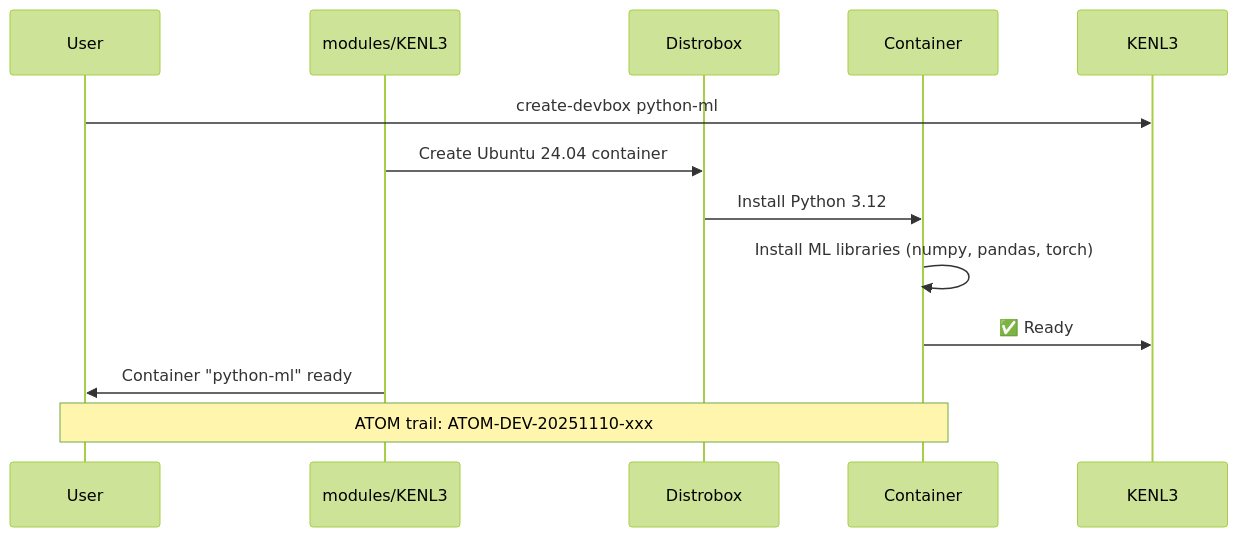
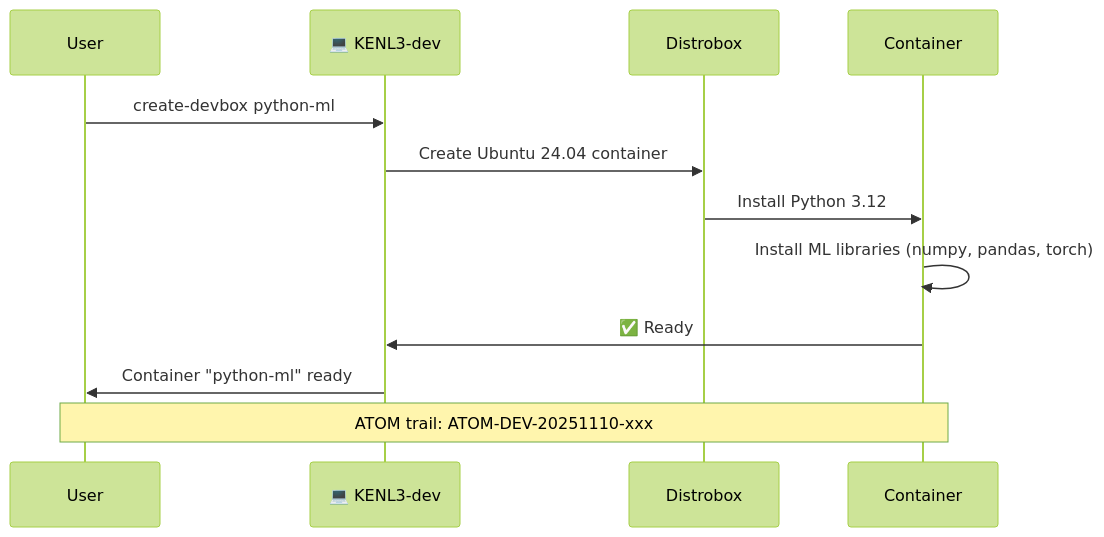
Before and after one commit to toolate28/kenl: the fifth of 9 diagrams in README.md, drawn with Mermaid (forest theme). The commit also changed other lines of this file, not shown here.

First line of the commit message:
fix: resolve Mermaid diagram syntax errors in README

````diff
--- a/README.md
+++ b/README.md
@@ -448,16 +448,16 @@
 ```mermaid
 sequenceDiagram
     participant User
-    participant modules/KENL3
+    participant KENL3 as 💻 KENL3-dev
     participant Distrobox
     participant Container
 
     User->>KENL3: create-devbox python-ml
-    modules/KENL3->>Distrobox: Create Ubuntu 24.04 container
+    KENL3->>Distrobox: Create Ubuntu 24.04 container
     Distrobox->>Container: Install Python 3.12
     Container->>Container: Install ML libraries (numpy, pandas, torch)
     Container->>KENL3: ✅ Ready
-    modules/KENL3->>User: Container "python-ml" ready
+    KENL3->>User: Container "python-ml" ready
 
     Note over User,Container: ATOM trail: ATOM-DEV-20251110-xxx
 ```
````
